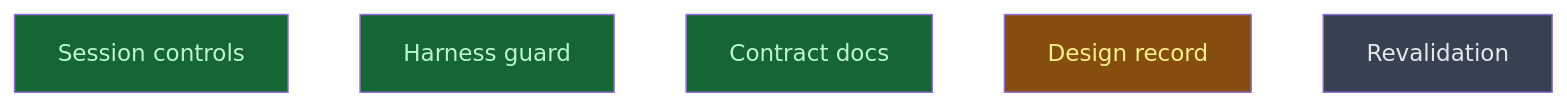
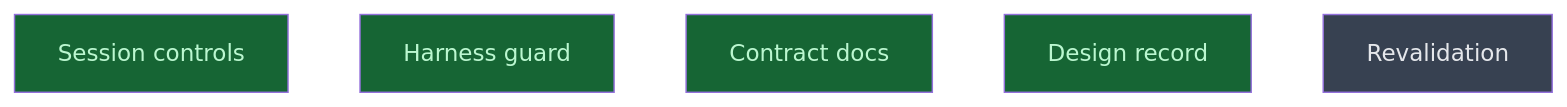
Before and after one commit to CrackingShells/Candler: the diagram in __roadmap__/m4-session-runner/traits/core/runs/closeout/README.md, drawn with Mermaid. The commit also changed other lines of this file, not shown here.

Commit message:
rdm(design): mark design_record done
The spec-verifier's four contradictions were corrected before the merge.

````diff
--- a/__roadmap__/m4-session-runner/traits/core/runs/closeout/README.md
+++ b/__roadmap__/m4-session-runner/traits/core/runs/closeout/README.md
@@ -17,13 +17,13 @@
 ```mermaid
 graph TD
     session_controls[Session controls]:::done
     harness_guard[Harness guard]:::done
     contract_docs[Contract docs]:::done
-    design_record[Design record]:::inprogress
+    design_record[Design record]:::done
     revalidation[Revalidation]:::planned
     classDef done       fill:#166534,color:#bbf7d0
     classDef inprogress fill:#854d0e,color:#fef08a
     classDef planned    fill:#374151,color:#e5e7eb
     classDef amendment  fill:#1e3a5f,color:#bfdbfe
     classDef blocked    fill:#7f1d1d,color:#fecaca
 ```
````
